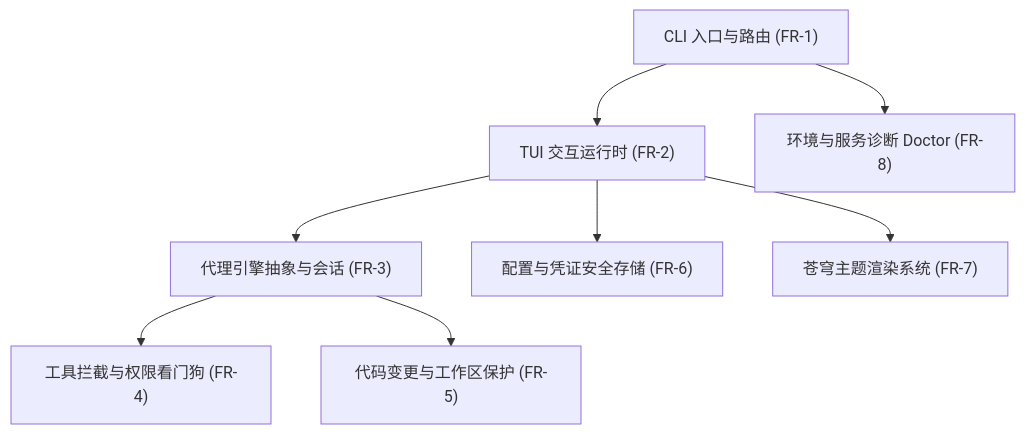
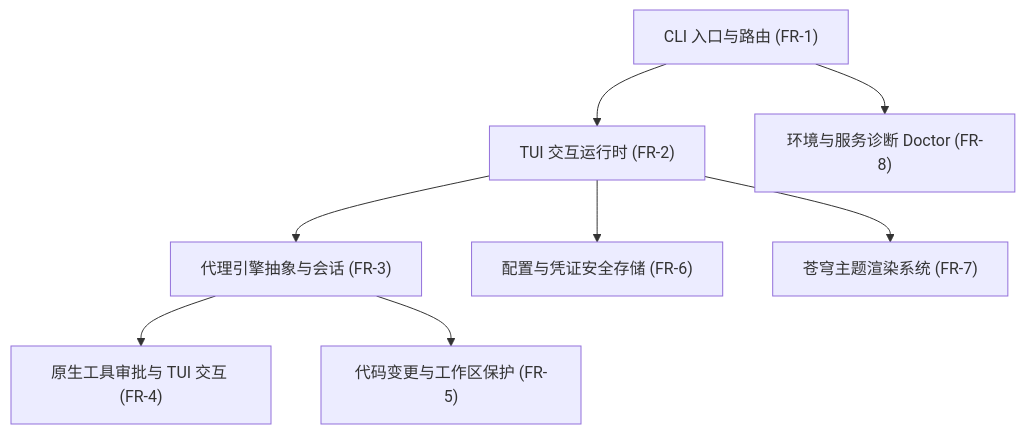
One commit to Aoody743/nightglide-cli changed the second of 3 diagrams in docs/PRODUCT_SPEC.md. Above: the diagram before and after it, drawn with Mermaid. The commit also changed other lines of this file and 30 other files, not shown here.

````diff
--- a/docs/PRODUCT_SPEC.md
+++ b/docs/PRODUCT_SPEC.md
@@ -116,10 +116,10 @@
 ```mermaid
 flowchart TD
     CLI["CLI 入口与路由 (FR-1)"] --> Shell["TUI 交互运行时 (FR-2)"]
     Shell --> Engine["代理引擎抽象与会话 (FR-3)"]
-    Engine --> Security["工具拦截与权限看门狗 (FR-4)"]
+    Engine --> Security["原生工具审批与 TUI 交互 (FR-4)"]
     Engine --> Diff["代码变更与工作区保护 (FR-5)"]
     Shell --> Config["配置与凭证安全存储 (FR-6)"]
     Shell --> Themes["苍穹主题渲染系统 (FR-7)"]
     CLI --> Diagnostics["环境与服务诊断 Doctor (FR-8)"]
 ```
````
